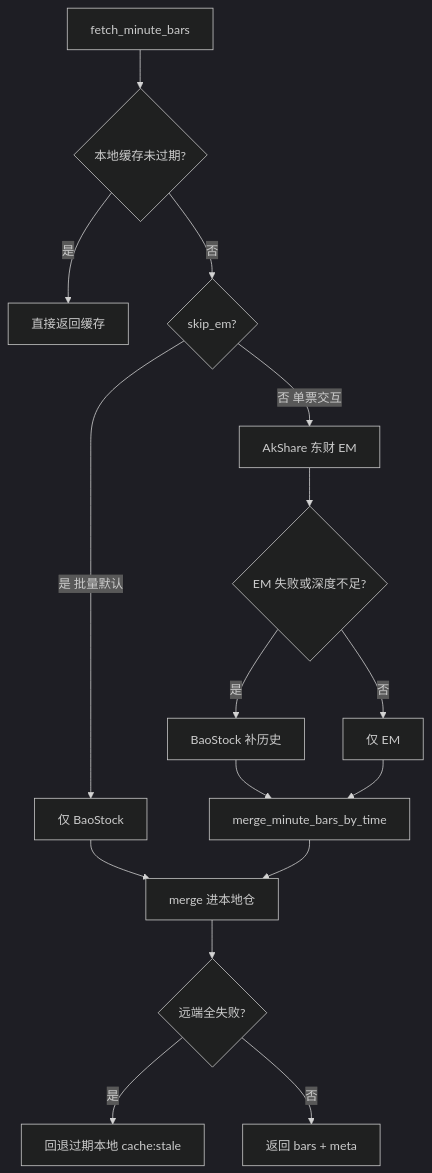
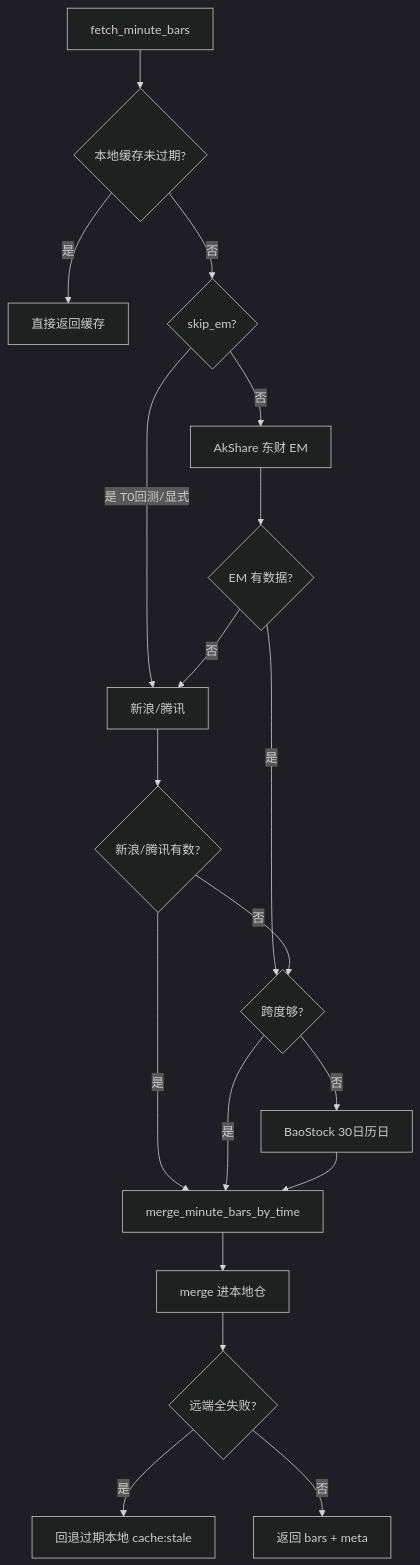
Diagram 15 of 16 in investment/docs/architecture.md (KaimingGao/workspace_gaokm), drawn with Mermaid (dark theme) before and after one commit. The commit also changed other lines of this file and 105 other files, not shown here.

````diff
--- a/investment/docs/architecture.md
+++ b/investment/docs/architecture.md
@@ -1684,18 +1686,21 @@
 ```mermaid
 flowchart TD
   A[fetch_minute_bars] --> B{本地缓存未过期?}
   B -->|是| C[直接返回缓存]
   B -->|否| D{skip_em?}
-  D -->|是 批量默认| E[仅 BaoStock]
-  D -->|否 单票交互| F[AkShare 东财 EM]
-  F --> G{EM 失败或深度不足?}
-  G -->|是| H[BaoStock 补历史]
-  G -->|否| I[仅 EM]
-  H --> J[merge_minute_bars_by_time]
-  I --> J
-  E --> K[merge 进本地仓]
-  J --> K
+  D -->|否| F[AkShare 东财 EM]
+  D -->|是 T0回测/显式| ST
+  F --> G{EM 有数据?}
+  G -->|否| ST[新浪/腾讯]
+  G -->|是| H{跨度够?}
+  ST --> STQ{新浪/腾讯有数?}
+  STQ -->|是| J[merge_minute_bars_by_time]
+  STQ -->|否| H
+  H -->|否| BS[BaoStock 30日历日]
+  H -->|是| J
+  BS --> J
+  J --> K[merge 进本地仓]
   K --> L{远端全失败?}
   L -->|是| M[回退过期本地 cache:stale]
   L -->|否| N[返回 bars + meta]
 ```
````
